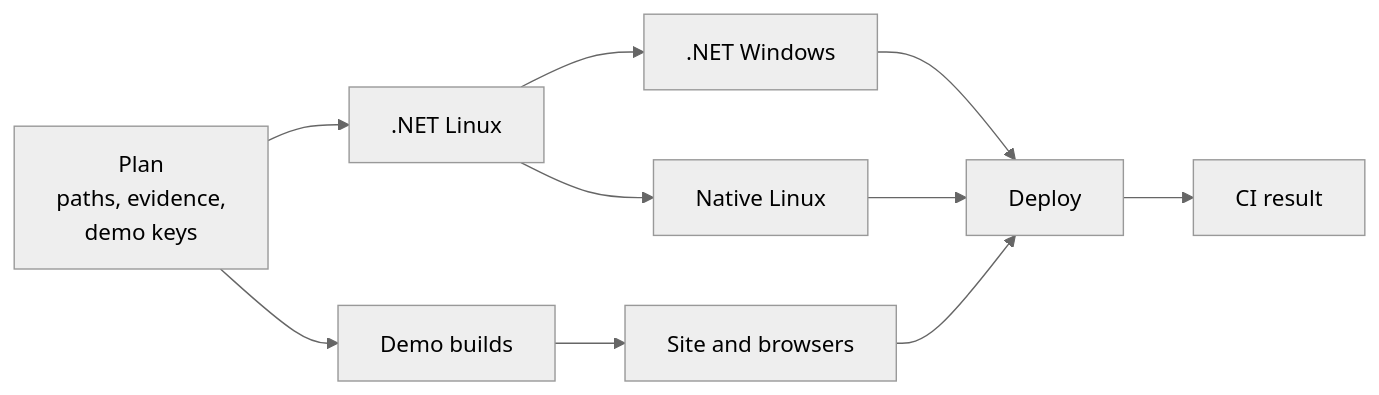
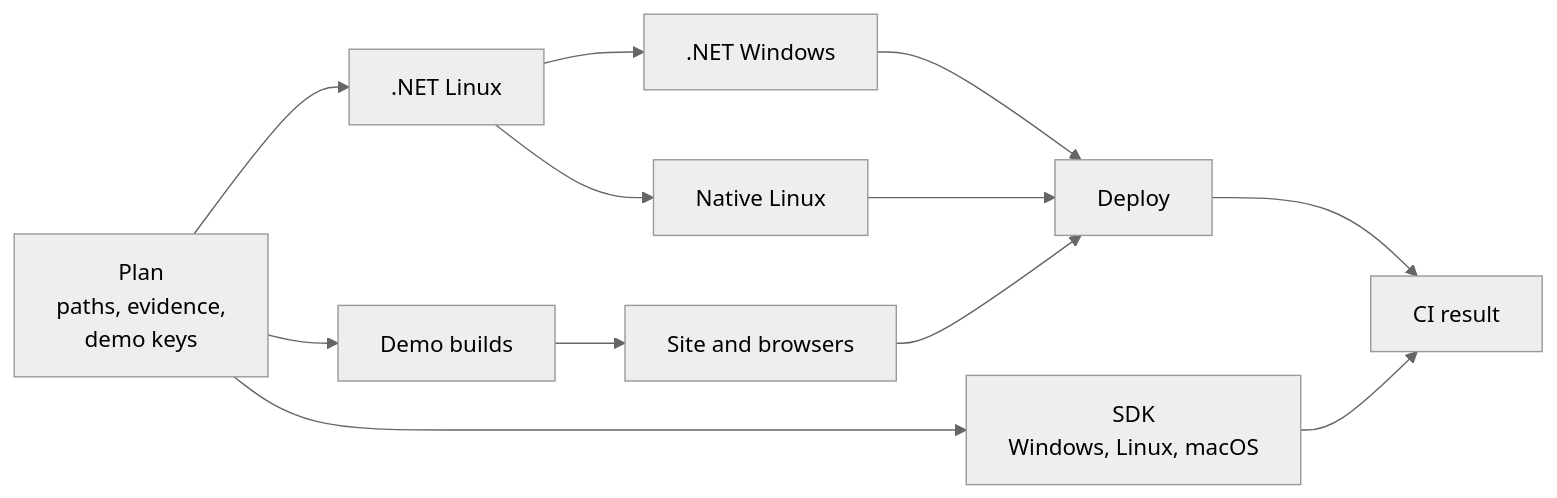
One commit to NastMz/MicroEngine changed the first of 2 diagrams in docs/ci.md. Above: the diagram before and after it, drawn with Mermaid (neutral theme). The commit also changed other lines of this file and 8 other files, not shown here.

````diff
--- a/docs/ci.md
+++ b/docs/ci.md
@@ -23,14 +26,16 @@
 ```mermaid
 flowchart LR
   accTitle: Daily CI
   accDescr: Plan decides the checks, the checks run, the site deploys if needed, and CI result gates everything.
   plan[Plan<br/>paths, evidence,<br/>demo keys] --> linux[.NET Linux]
   linux --> windows[.NET Windows]
   linux --> native[Native Linux]
   plan --> build[Demo builds]
+  plan --> sdk[SDK<br/>Windows, Linux, macOS]
   build --> site[Site and browsers]
   windows --> deploy[Deploy]
   native --> deploy
   site --> deploy
   deploy --> result[CI result]
+  sdk --> result
 ```
````
